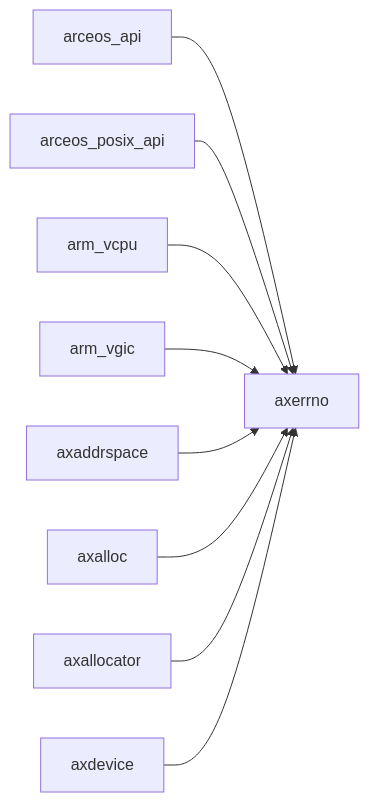
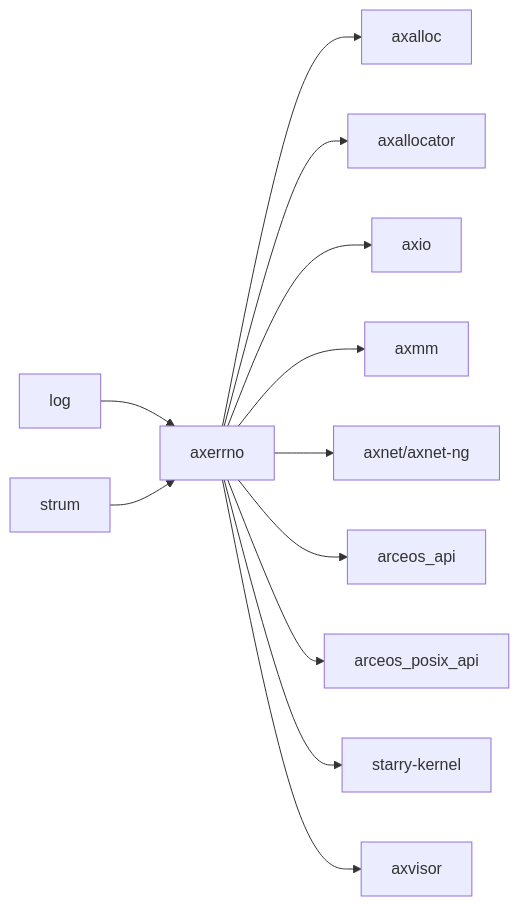
Before and after one commit to rcore-os/tgoskits: the second of 2 diagrams in docs/crates/axerrno.md, drawn with Mermaid. The commit also changed other lines of this file and 99 other files, not shown here.

````diff
--- a/docs/crates/axerrno.md
+++ b/docs/crates/axerrno.md
@@ -32,12 +80,15 @@
 ```mermaid
 graph LR
-    current["axerrno"]
-    arceos_api["arceos_api"] --> current
-    arceos_posix_api["arceos_posix_api"] --> current
-    arm_vcpu["arm_vcpu"] --> current
-    arm_vgic["arm_vgic"] --> current
-    axaddrspace["axaddrspace"] --> current
-    axalloc["axalloc"] --> current
-    axallocator["axallocator"] --> current
-    axdevice["axdevice"] --> current
+    log["log"] --> axerrno["axerrno"]
+    strum["strum"] --> axerrno
+
+    axerrno --> axalloc["axalloc"]
+    axerrno --> axallocator["axallocator"]
+    axerrno --> axio["axio"]
+    axerrno --> axmm["axmm"]
+    axerrno --> axnet["axnet/axnet-ng"]
+    axerrno --> arceos_api["arceos_api"]
+    axerrno --> arceos_posix["arceos_posix_api"]
+    axerrno --> starry_kernel["starry-kernel"]
+    axerrno --> axvisor["axvisor"]
 ```
````
